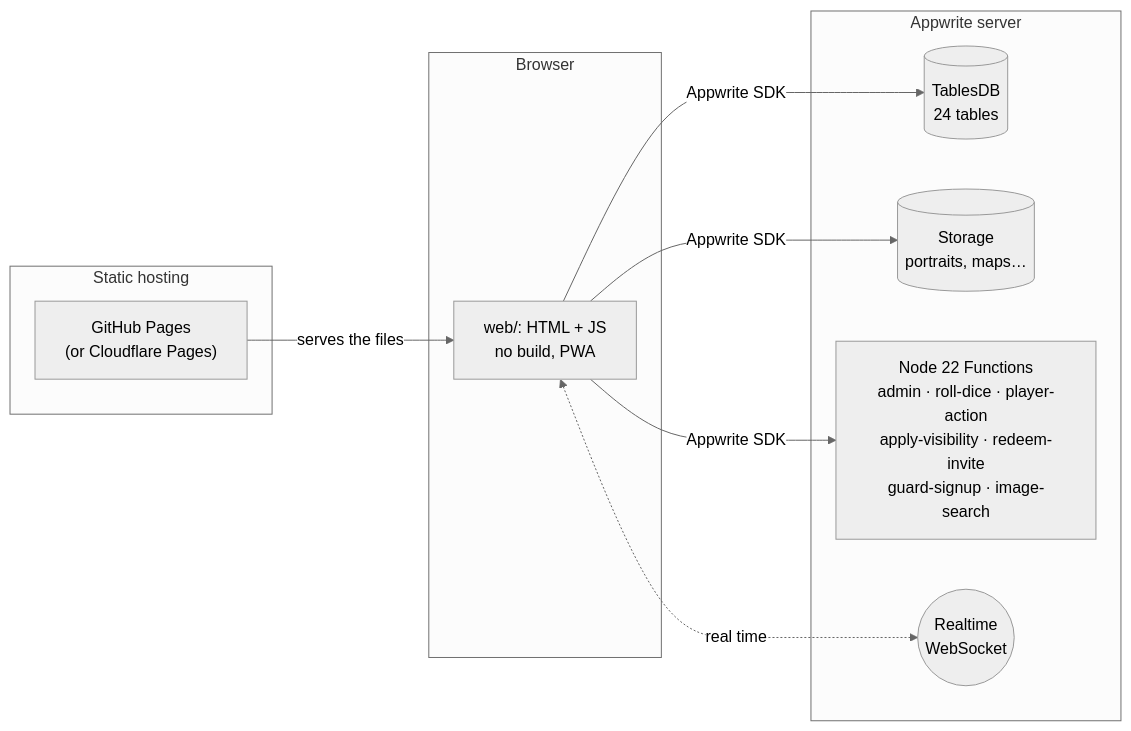
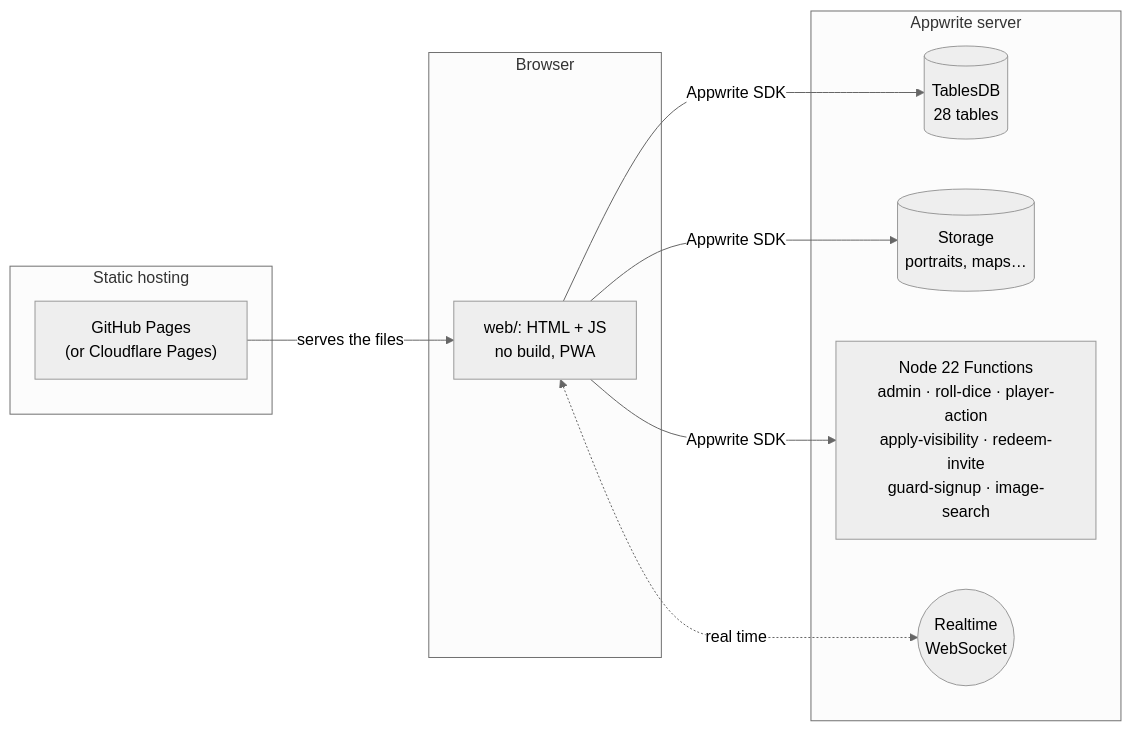
One commit to thertemis/table-noire changed the diagram in README.md. Above: the diagram before and after it, drawn with Mermaid (neutral theme). The commit also changed other lines of this file and 28 other files, not shown here.

````diff
--- a/README.md
+++ b/README.md
@@ -94,18 +102,18 @@
 ```mermaid
 flowchart LR
   subgraph Browser
     A["web/: HTML + JS<br/>no build, PWA"]
   end
   subgraph Static hosting
     P["GitHub Pages<br/>(or Cloudflare Pages)"]
   end
   subgraph Appwrite server
-    T[("TablesDB<br/>24 tables")]
+    T[("TablesDB<br/>28 tables")]
     S[("Storage<br/>portraits, maps…")]
     F["Node 22 Functions<br/>admin · roll-dice · player-action<br/>apply-visibility · redeem-invite<br/>guard-signup · image-search"]
     R(("Realtime<br/>WebSocket"))
   end
   P -- serves the files --> A
   A -- Appwrite SDK --> T & S & F
   A <-. real time .-> R
 ```
````
